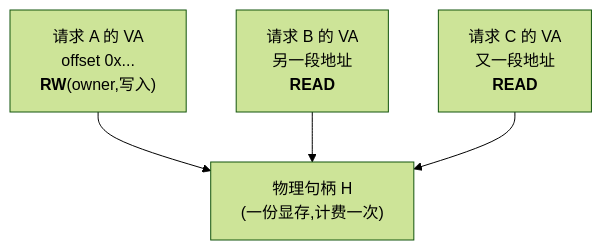
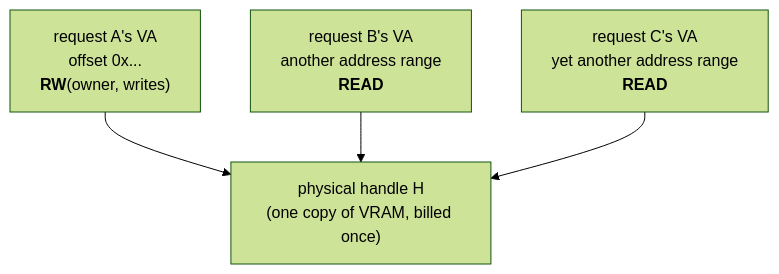
The second of 4 diagrams in content/en/memory/Virtual Memory for KV Cache.md (justinchuby/onnx-genai-wiki), drawn with Mermaid (forest theme) before and after one commit. The commit also changed other lines of this file and 6 other files, not shown here.

````diff
--- a/content/en/memory/Virtual Memory for KV Cache.md
+++ b/content/en/memory/Virtual Memory for KV Cache.md
@@ -160,7 +160,7 @@
 ```mermaid
 flowchart TD
-    H["物理句柄 H<br/>(一份显存,计费一次)"]
-    A["请求 A 的 VA<br/>offset 0x...<br/><b>RW</b>(owner,写入)"] --> H
-    B["请求 B 的 VA<br/>另一段地址<br/><b>READ</b>"] --> H
-    C["请求 C 的 VA<br/>又一段地址<br/><b>READ</b>"] --> H
+    H["physical handle H<br/>(one copy of VRAM, billed once)"]
+    A["request A's VA<br/>offset 0x...<br/><b>RW</b>(owner, writes)"] --> H
+    B["request B's VA<br/>another address range<br/><b>READ</b>"] --> H
+    C["request C's VA<br/>yet another address range<br/><b>READ</b>"] --> H
 ```
````
